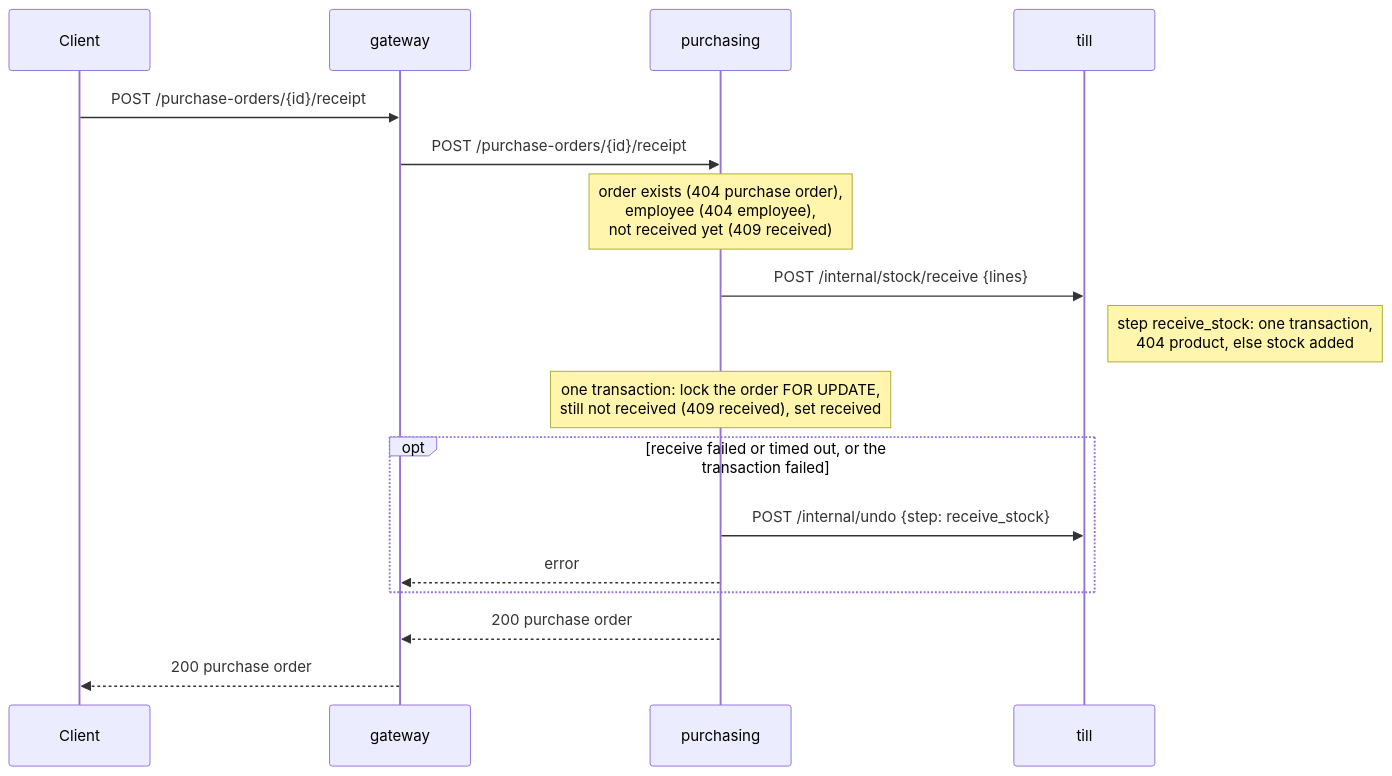
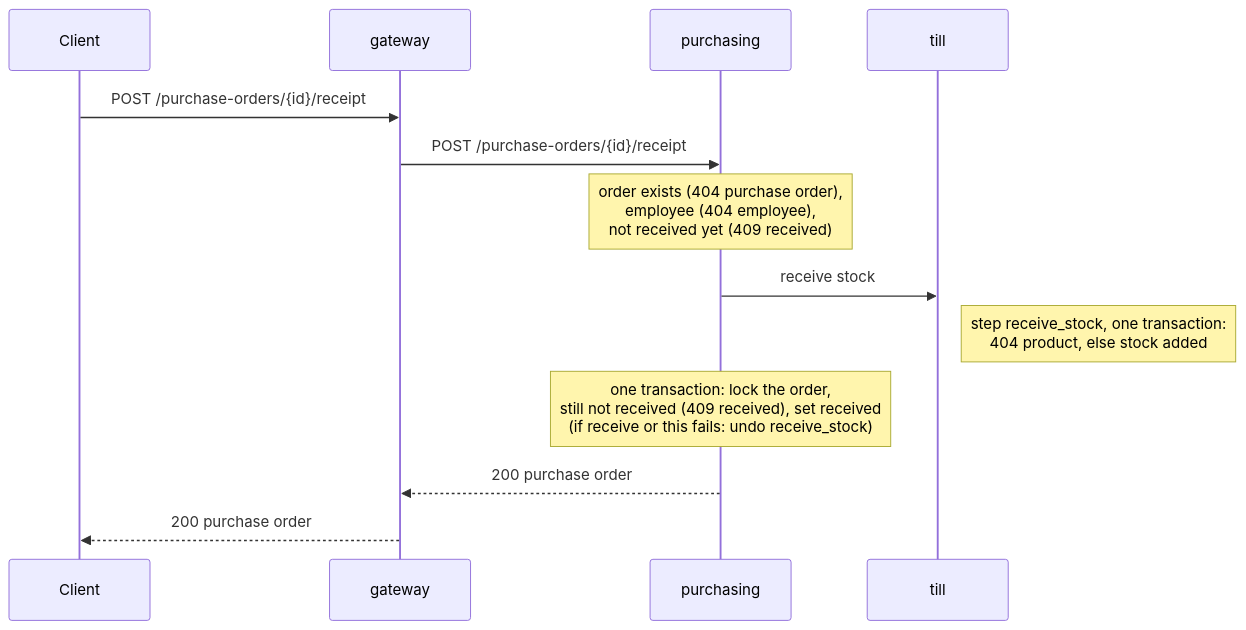
Before and after one commit to karliskalnakarklis/Group-F: diagram 14 of 15 in docs/design.md, drawn with Mermaid. The commit also changed other lines of this file, not shown here.

Commit message:
Fix variant B diagrams and clean up design

````diff
--- a/docs/design.md
+++ b/docs/design.md
@@ -690,19 +681,15 @@
 ```mermaid
 sequenceDiagram
     participant C as Client
     participant G as gateway
     participant P as purchasing
     participant T as till
     C->>G: POST /purchase-orders/{id}/receipt
     G->>P: POST /purchase-orders/{id}/receipt
     Note over P: order exists (404 purchase order),<br/>employee (404 employee),<br/>not received yet (409 received)
-    P->>T: POST /internal/stock/receive {lines}
-    Note right of T: step receive_stock: one transaction,<br/>404 product, else stock added
-    Note over P: one transaction: lock the order FOR UPDATE,<br/>still not received (409 received), set received
-    opt receive failed or timed out, or the transaction failed
-        P->>T: POST /internal/undo {step: receive_stock}
-        P-->>G: error
-    end
+    P->>T: receive stock
+    Note right of T: step receive_stock, one transaction:<br/>404 product, else stock added
+    Note over P: one transaction: lock the order,<br/>still not received (409 received), set received<br/>(if receive or this fails: undo receive_stock)
     P-->>G: 200 purchase order
     G-->>C: 200 purchase order
 ```
````
